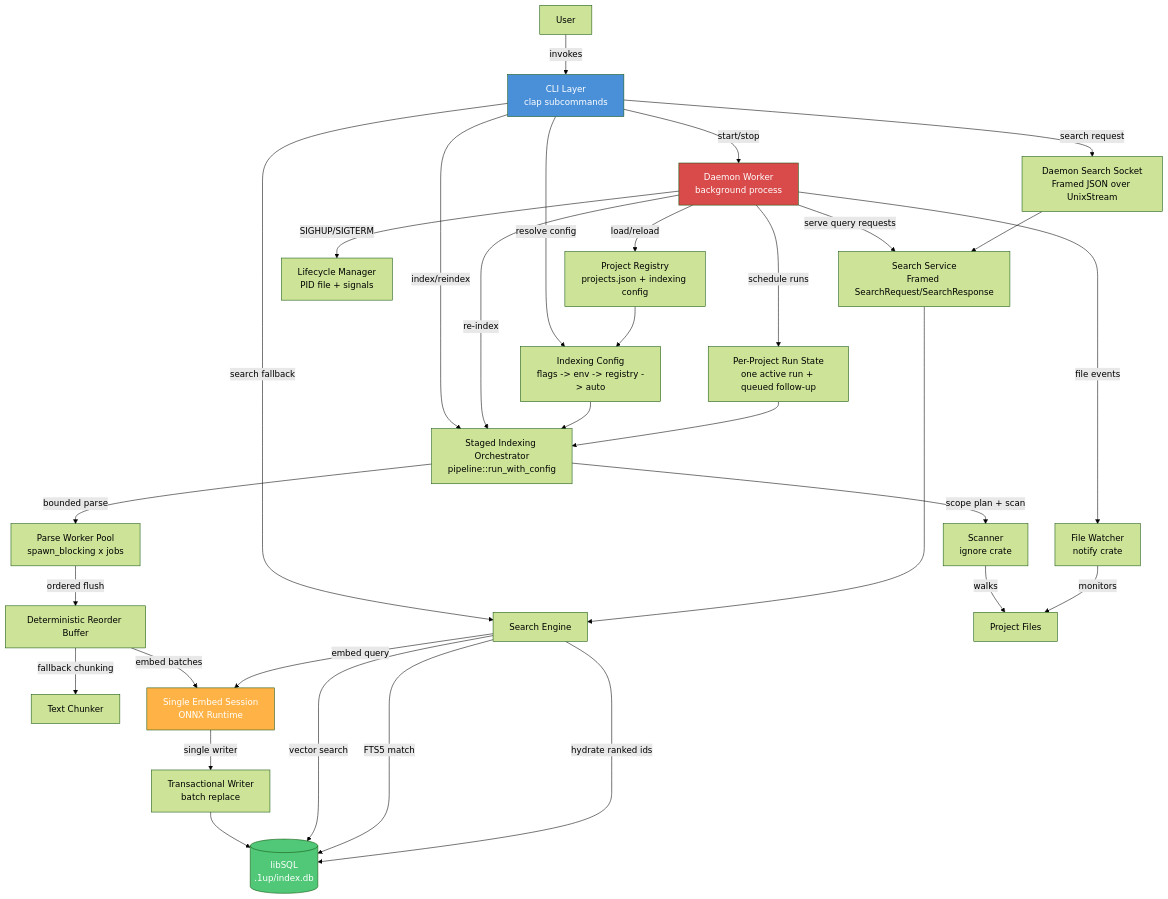
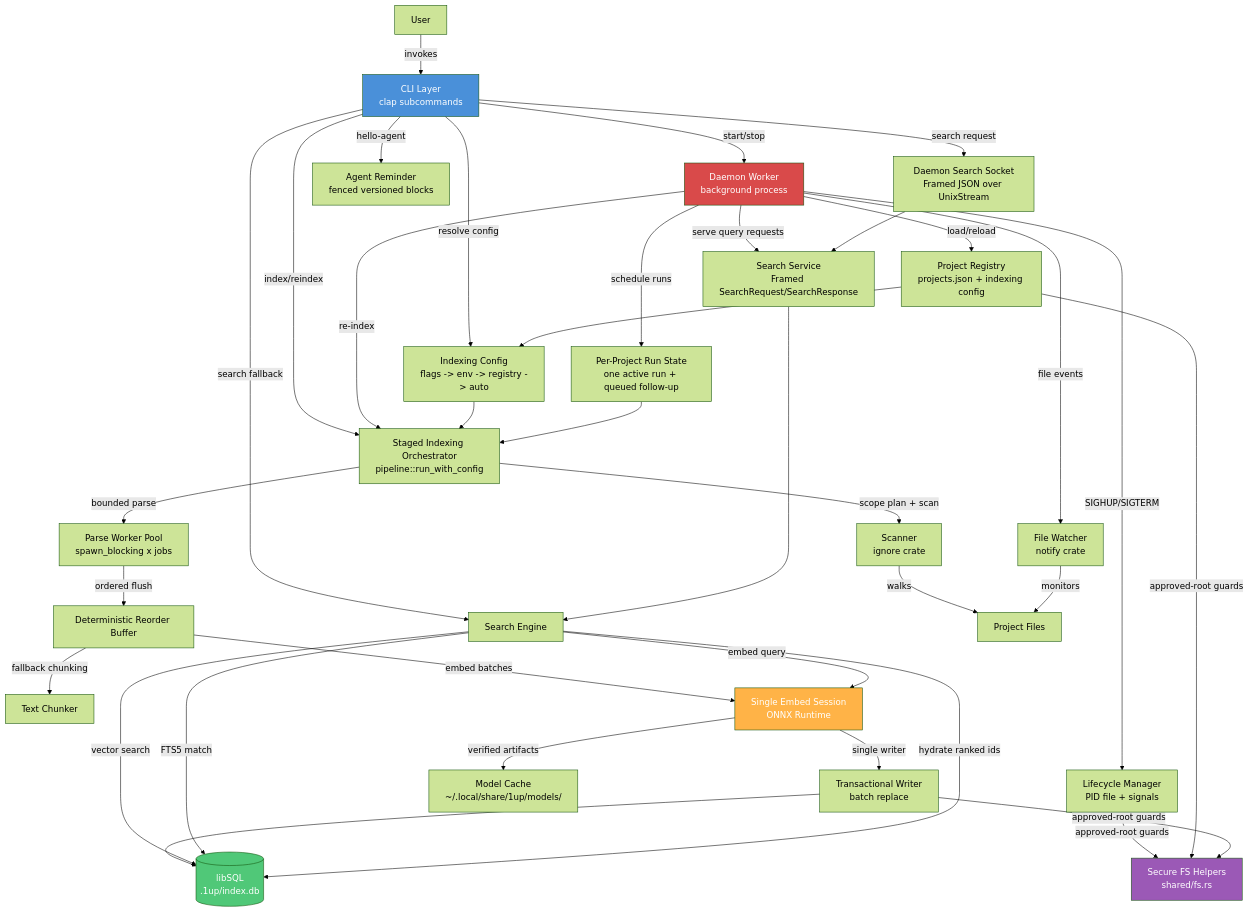
The diagram in .rp1/context/architecture.md (rp1-run/1up), drawn with Mermaid (forest theme) before and after one commit. The commit also changed other lines of this file and 6 other files, not shown here.

````diff
--- a/.rp1/context/architecture.md
+++ b/.rp1/context/architecture.md
@@ -9,43 +9,50 @@
 ```mermaid
 graph TB
     User[User] -->|invokes| CLI[CLI Layer<br/>clap subcommands]
     CLI -->|resolve config| Config[Indexing Config<br/>flags -> env -> registry -> auto]
     CLI -->|start/stop| Daemon[Daemon Worker<br/>background process]
     CLI -->|index/reindex| Pipeline[Staged Indexing Orchestrator<br/>pipeline::run_with_config]
     CLI -->|search fallback| Search[Search Engine]
     CLI -->|search request| SearchSocket[Daemon Search Socket<br/>Framed JSON over UnixStream]
+    CLI -->|hello-agent| Reminder[Agent Reminder<br/>fenced versioned blocks]
 
     Daemon -->|file events| Watcher[File Watcher<br/>notify crate]
     Daemon -->|re-index| Pipeline
     Daemon -->|serve query requests| SearchService[Search Service<br/>Framed SearchRequest/SearchResponse]
     Daemon -->|SIGHUP/SIGTERM| Lifecycle[Lifecycle Manager<br/>PID file + signals]
     Daemon -->|load/reload| Registry[Project Registry<br/>projects.json + indexing config]
     Daemon -->|schedule runs| RunState[Per-Project Run State<br/>one active run + queued follow-up]
     SearchSocket --> SearchService
 
     Config --> Pipeline
     Registry --> Config
     RunState --> Pipeline
 
     Pipeline -->|scope plan + scan| Scanner[Scanner<br/>ignore crate]
     Pipeline -->|bounded parse| Parser[Parse Worker Pool<br/>spawn_blocking x jobs]
     Parser -->|ordered flush| Reorder[Deterministic Reorder Buffer]
     Reorder -->|fallback chunking| Chunker[Text Chunker]
     Reorder -->|embed batches| Embedder[Single Embed Session<br/>ONNX Runtime]
     Embedder -->|single writer| Writer[Transactional Writer<br/>batch replace]
     Writer --> DB[(libSQL<br/>.1up/index.db)]
 
     SearchService --> Search
     Search -->|vector search| DB
     Search -->|FTS5 match| DB
     Search -->|hydrate ranked ids| DB
     Search -->|embed query| Embedder
 
     Scanner -->|walks| FS[Project Files]
     Watcher -->|monitors| FS
 
+    Embedder -->|verified artifacts| ModelCache[Model Cache<br/>~/.local/share/1up/models/]
+    Lifecycle -->|approved-root guards| FSHelpers[Secure FS Helpers<br/>shared/fs.rs]
+    Registry -->|approved-root guards| FSHelpers
+    Writer -->|approved-root guards| FSHelpers
+
     style CLI fill:#4A90D9,color:#fff
     style Daemon fill:#D94A4A,color:#fff
     style DB fill:#50C878,color:#fff
     style Embedder fill:#FFB347,color:#fff
+    style FSHelpers fill:#9B59B6,color:#fff
 ```
````
